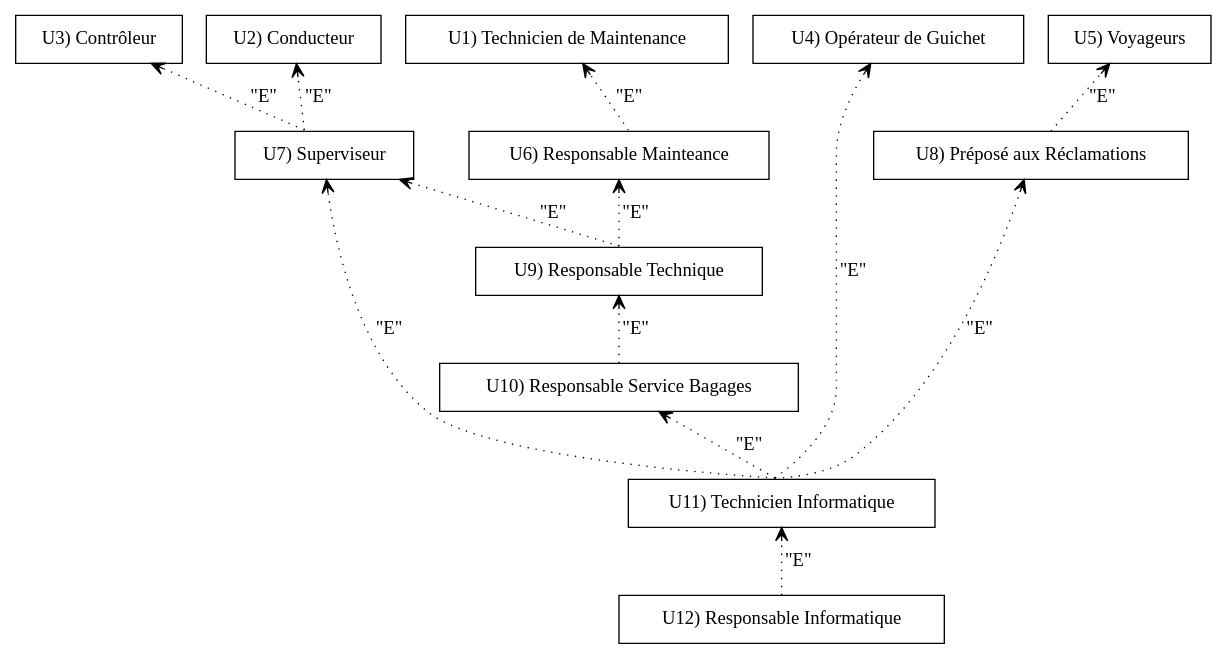
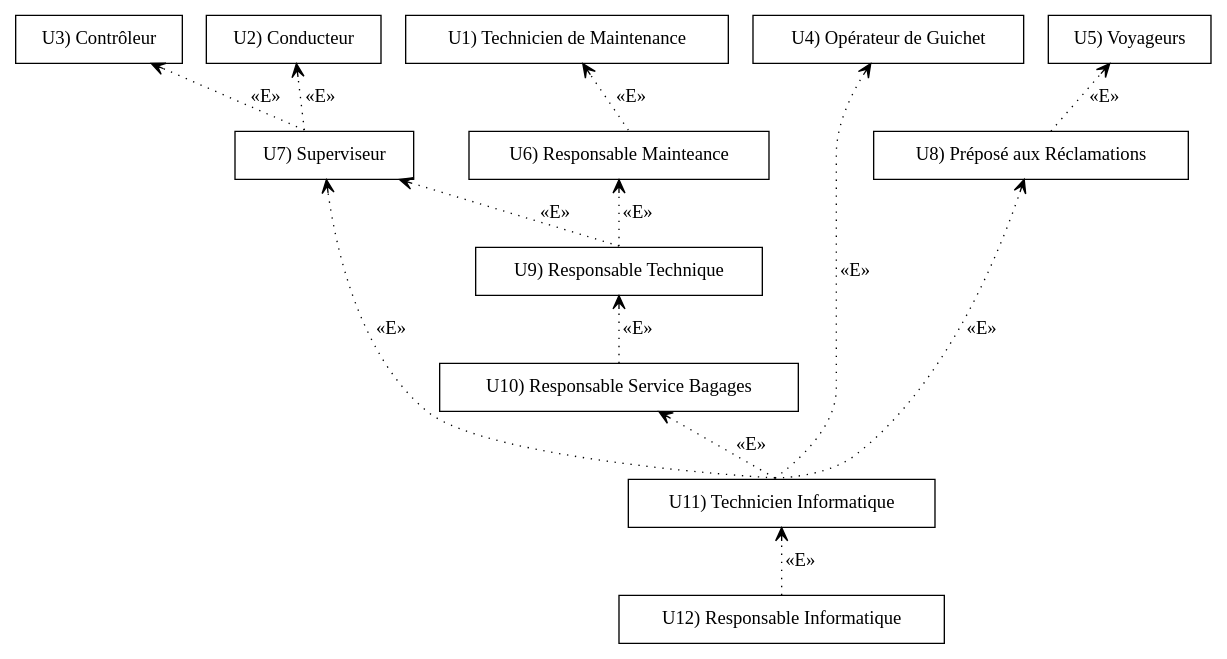
One commit to modSquad/ihm changed the diagram in GPU/src/img/GPU.dot. Above: the diagram before and after it, drawn with Graphviz. The commit also changed 1 other file, not shown here.

```diff
--- a/GPU/src/img/GPU.dot
+++ b/GPU/src/img/GPU.dot
@@ -1,102 +1,102 @@
 digraph{
 	
 	graph [
 		rankdir = "BT"
 	]
 
 	
 	node [
 		shape = "box"
 		sametail = "true"
 	]
 	
 	edge [
 		style = "dotted"
 		arrowhead = "open"
 		sametail = "true"
 		
-		label = "\"E\""
+		label = "«E»"
 	]
 
 	{	
 		{
 			"U1" [
 				label = "U1) Technicien de Maintenance"
 			]
 			
 			"U6" [
 				label = "U6) Responsable Mainteance"
 			]
 		}
 		
 		{
 			"U2" [
 				label = "U2) Conducteur"
 			]
 			
 			"U3" [
 				label = "U3) Contrôleur"
 			]
 			
 			"U7" [
 				label = "U7) Superviseur"
 			]
 			
 			U7 -> U2
 			U7 -> U3
 		}
 		
 		{
 			"U9" [
 				label = "U9) Responsable Technique"
 			]
 			
 			"U10" [
 				label = "U10) Responsable Service Bagages"
 			]
 		}
 	}	
 	
 	{	
 		"U4" [
 			label = "U4) Opérateur de Guichet"
 		]
 		
 		{	
 			"U5" [
 				label = "U5) Voyageurs"
 			]
 			
 			"U8" [
 				label = "U8) Préposé aux Réclamations"
 			]
 		}
 	}
 
 	{
 		"U11" [
 			label = "U11) Technicien Informatique"
 		]
 		
 		"U12" [
 			label = "U12) Responsable Informatique"
 		]
 	}
 	
 	U12 -> U11 -> U10 -> U9 -> U7
 
 	U11 -> U8 -> U5	
 	U11 -> U7
 	U11 -> U4
 	
 	//U7 -> U2
 	//U7 -> U3
 	
 	U9 -> U6 -> U1
 	
 	/*invisible link*/
 
 	U6 -> U4 [ style = "invis" ]
 	U9 -> U8 [ style = "invis" ]
 	
 	}
```
